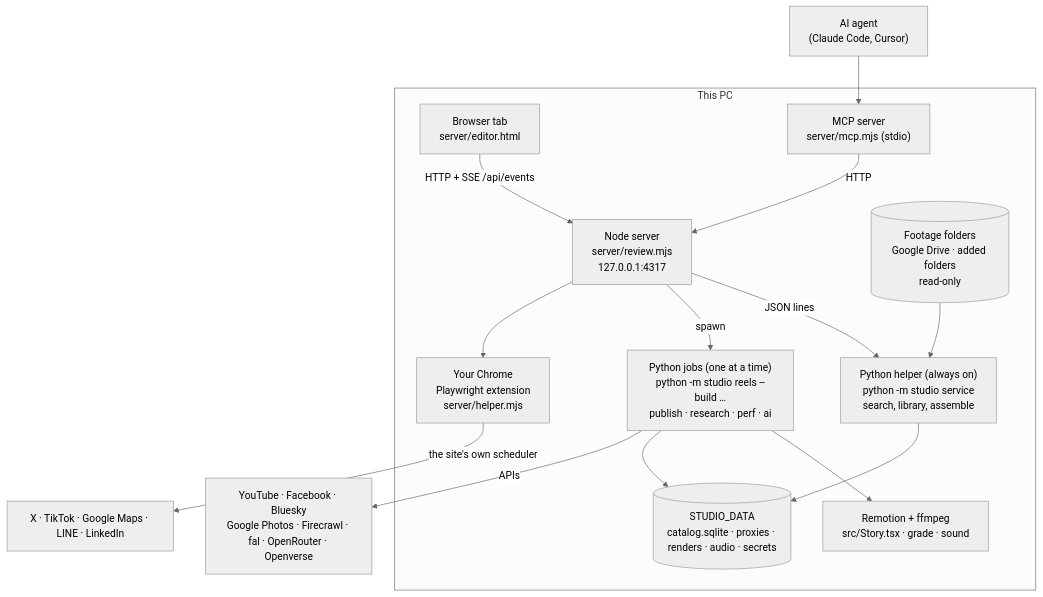
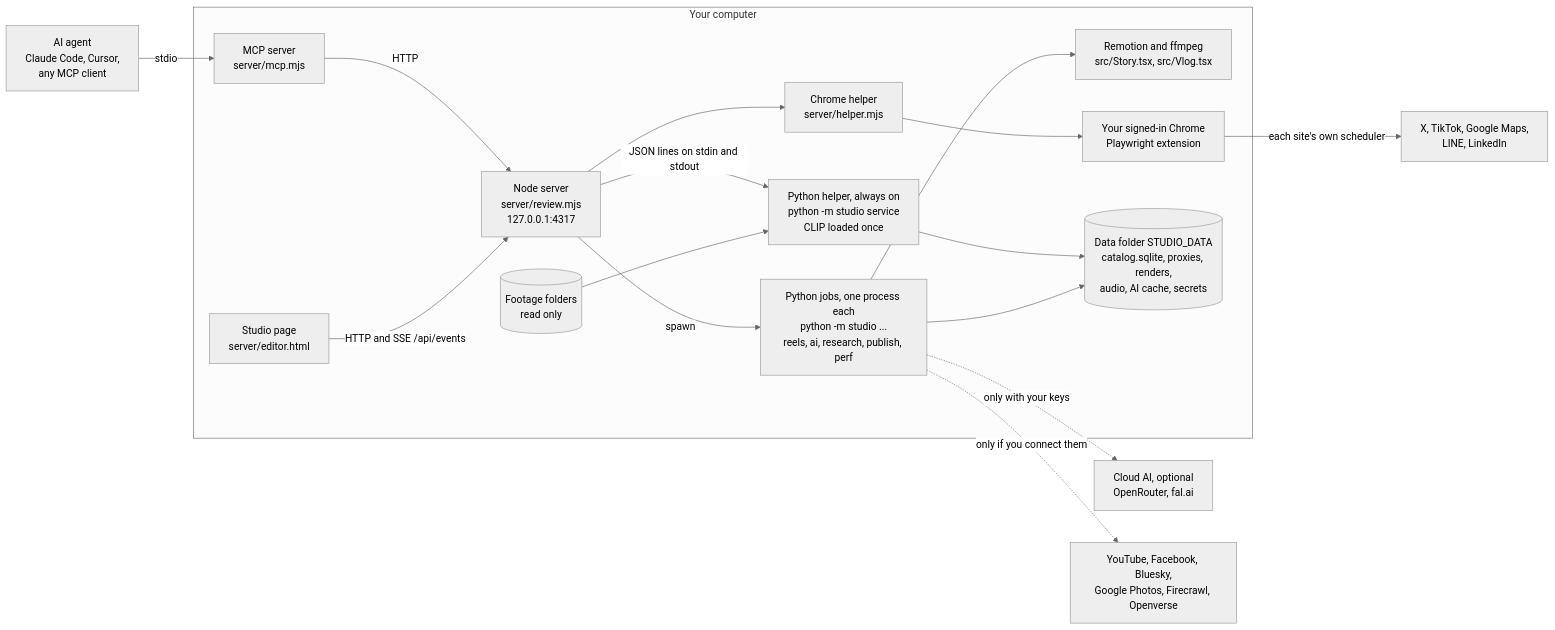
The first of 5 diagrams in docs/architecture.md (kensaurus/lazycow-studio), drawn with Mermaid (neutral theme) before and after one commit. The commit also changed other lines of this file and 30 other files, not shown here.

````diff
--- a/docs/architecture.md
+++ b/docs/architecture.md
@@ -12,26 +20,29 @@
 ```mermaid
-flowchart TB
-  subgraph PC["This PC"]
-    B["Browser tab<br/>server/editor.html"]
+flowchart LR
+  subgraph PC["Your computer"]
+    UI["Studio page<br/>server/editor.html"]
     N["Node server<br/>server/review.mjs<br/>127.0.0.1:4317"]
-    S["Python helper (always on)<br/>python -m studio service<br/>search, library, assemble"]
-    J["Python jobs (one at a time)<br/>python -m studio reels --build …<br/>publish · research · perf · ai"]
-    R["Remotion + ffmpeg<br/>src/Story.tsx · grade · sound"]
-    M["MCP server<br/>server/mcp.mjs (stdio)"]
-    C["Your Chrome<br/>Playwright extension<br/>server/helper.mjs"]
-    D[("STUDIO_DATA<br/>catalog.sqlite · proxies · renders · audio · secrets")]
-    F[("Footage folders<br/>Google Drive · added folders<br/>read-only")]
+    S["Python helper, always on<br/>python -m studio service<br/>CLIP loaded once"]
+    J["Python jobs, one process each<br/>python -m studio ...<br/>reels, ai, research, publish, perf"]
+    R["Remotion and ffmpeg<br/>src/Story.tsx, src/Vlog.tsx"]
+    M["MCP server<br/>server/mcp.mjs"]
+    H["Chrome helper<br/>server/helper.mjs"]
+    C["Your signed-in Chrome<br/>Playwright extension"]
+    D[("Data folder STUDIO_DATA<br/>catalog.sqlite, proxies, renders,<br/>audio, AI cache, secrets")]
+    F[("Footage folders<br/>read only")]
   end
-  A["AI agent<br/>(Claude Code, Cursor)"] --> M
-  M -- HTTP --> N
-  B -- "HTTP + SSE /api/events" --> N
-  N -- "JSON lines" --> S
-  N -- spawn --> J
+  A["AI agent<br/>Claude Code, Cursor,<br/>any MCP client"] -- "stdio" --> M
+  M -- "HTTP" --> N
+  UI -- "HTTP and SSE /api/events" --> N
+  N -- "JSON lines on stdin and stdout" --> S
+  N -- "spawn" --> J
   J --> R
+  F --> S
   S --> D
   J --> D
-  F --> S
-  N --> C
-  J -- "APIs" --> X["YouTube · Facebook · Bluesky<br/>Google Photos · Firecrawl · fal · OpenRouter · Openverse"]
-  C -- "the site's own scheduler" --> W["X · TikTok · Google Maps · LINE · LinkedIn"]
+  N --> H
+  H --> C
+  J -. "only with your keys" .-> AI["Cloud AI, optional<br/>OpenRouter, fal.ai"]
+  J -. "only if you connect them" .-> NET["YouTube, Facebook, Bluesky,<br/>Google Photos, Firecrawl, Openverse"]
+  C -- "each site's own scheduler" --> W["X, TikTok, Google Maps,<br/>LINE, LinkedIn"]
 ```
````
